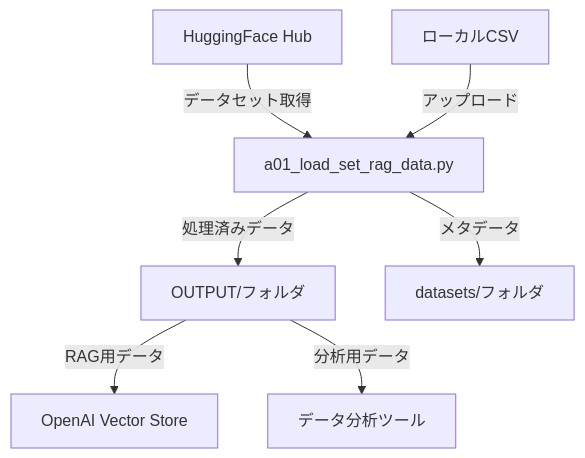
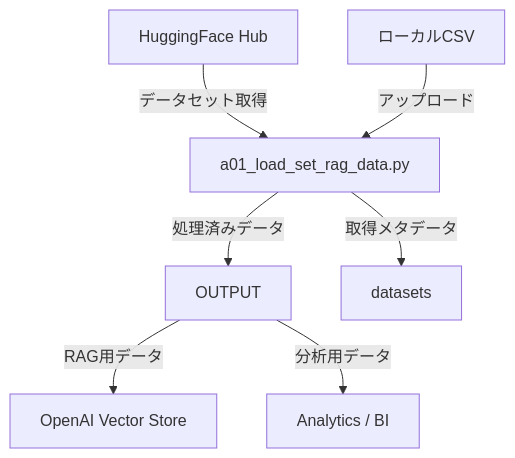
Before and after one commit to nakashima2toshio/openai_rag_jp: the first of 2 diagrams in doc/a00_locad_set_data.md, drawn with Mermaid. The commit also changed other lines of this file and 2 other files, not shown here.

````diff
--- a/doc/a00_locad_set_data.md
+++ b/doc/a00_locad_set_data.md
@@ -3,9 +9,9 @@
 ```mermaid
-graph TB
-    A[HuggingFace Hub] -->|データセット取得| B[a01_load_set_rag_data.py]
-    C[ローカルCSV] -->|アップロード| B
-    B -->|処理済みデータ| D[OUTPUT/フォルダ]
-    B -->|メタデータ| E[datasets/フォルダ]
-    D -->|RAG用データ| F[OpenAI Vector Store]
-    D -->|分析用データ| G[データ分析ツール]
+flowchart TD
+    A[HuggingFace Hub] -- データセット取得 --> B[a01_load_set_rag_data.py]
+    C[ローカルCSV] -- アップロード --> B
+    B -- 処理済みデータ --> D[OUTPUT]
+    B -- 取得メタデータ --> E[datasets]
+    D -- RAG用データ --> F[OpenAI Vector Store]
+    D -- 分析用データ --> G[Analytics / BI]
 ```
````
